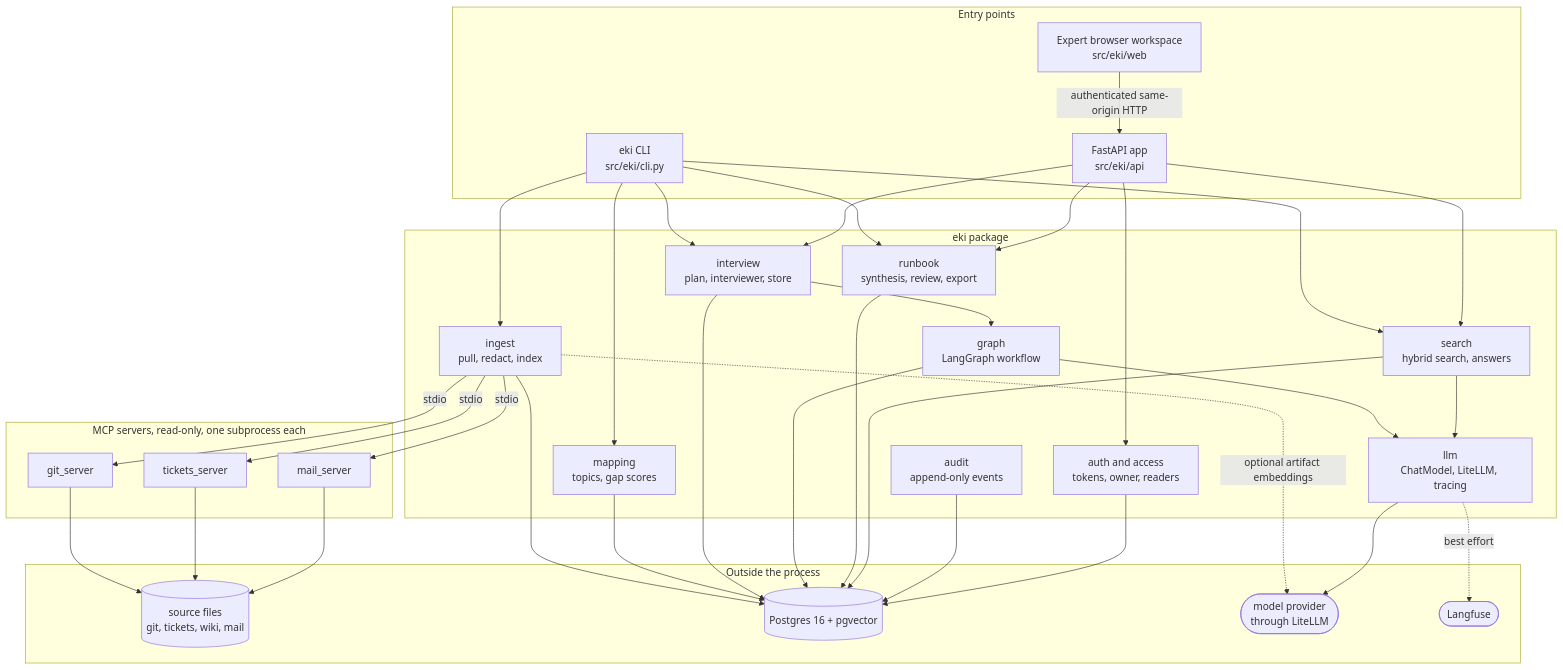
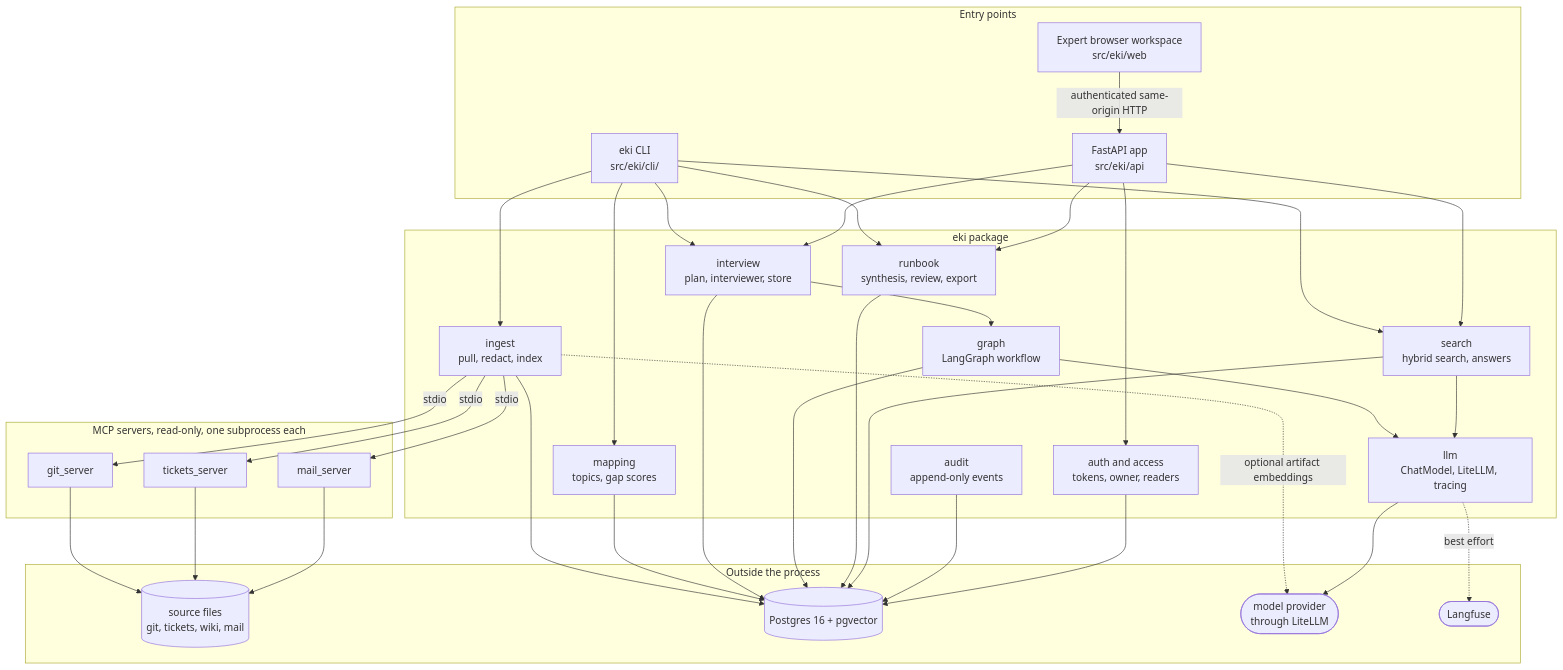
One commit to medaliyed/exit-knowledge-interviewer changed the second of 5 diagrams in docs/architecture.md. Above: the diagram before and after it, drawn with Mermaid. The commit also changed 14 other files, not shown here.

First line of the commit message:
refactor(F1): split cli.py into an eki.cli package of command modules

````diff
--- a/docs/architecture.md
+++ b/docs/architecture.md
@@ -56,47 +56,47 @@
 ```mermaid
 flowchart TB
     subgraph entry["Entry points"]
-        cli["eki CLI<br/>src/eki/cli.py"]
+        cli["eki CLI<br/>src/eki/cli/"]
         api["FastAPI app<br/>src/eki/api"]
         browser["Expert browser workspace<br/>src/eki/web"]
     end
 
     subgraph core["eki package"]
         ingest["ingest<br/>pull, redact, index"]
         mapping["mapping<br/>topics, gap scores"]
         interview["interview<br/>plan, interviewer, store"]
         wf["graph<br/>LangGraph workflow"]
         runbook["runbook<br/>synthesis, review, export"]
         search["search<br/>hybrid search, answers"]
         llm["llm<br/>ChatModel, LiteLLM, tracing"]
         audit["audit<br/>append-only events"]
         authz["auth and access<br/>tokens, owner, readers"]
     end
 
     subgraph servers["MCP servers, read-only, one subprocess each"]
         git["git_server"]
         tickets["tickets_server"]
         mail["mail_server"]
     end
 
     subgraph external["Outside the process"]
         files[("source files<br/>git, tickets, wiki, mail")]
         pg[("Postgres 16 + pgvector")]
         provider(["model provider<br/>through LiteLLM"])
         langfuse(["Langfuse"])
     end
 
     browser -->|authenticated same-origin HTTP| api
     cli --> ingest & mapping & interview & runbook & search
     api --> authz
     api --> interview & runbook & search
     ingest -->|stdio| git & tickets & mail
     git & tickets & mail --> files
     interview --> wf
     wf --> llm
     search --> llm
     ingest -.->|optional artifact embeddings| provider
     llm --> provider
     llm -.->|best effort| langfuse
     ingest & mapping & interview & wf & runbook & search & audit & authz --> pg
 ```
````
